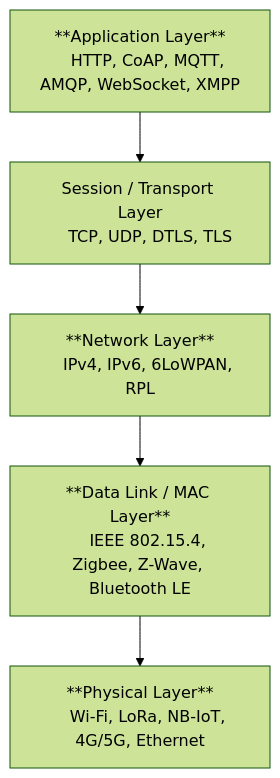
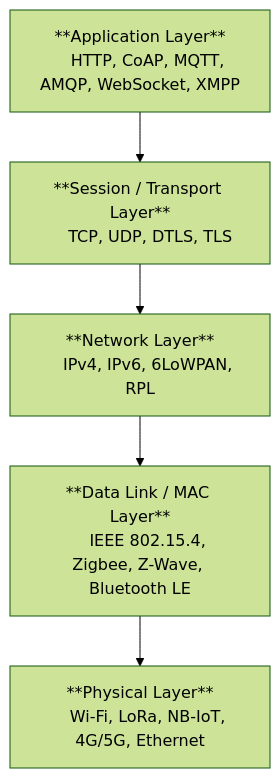
Before and after one commit to lazgaming70/IOT-CIA-1: the third of 13 diagrams in Unofficial-QB/Unofficial-QB-Claude-Ans.md, drawn with Mermaid (forest theme).

Commit message:
Made another title of block bold

````diff
--- a/Unofficial-QB/Unofficial-QB-Claude-Ans.md
+++ b/Unofficial-QB/Unofficial-QB-Claude-Ans.md
@@ -453,12 +453,12 @@
 ```mermaid
 flowchart TD
     A[**Application Layer**
-    HTTP, CoAP, MQTT, AMQP, WebSocket, XMPP] --> B[Session / Transport Layer
+    HTTP, CoAP, MQTT, AMQP, WebSocket, XMPP] --> B[**Session / Transport Layer**
     TCP, UDP, DTLS, TLS]
     B --> C[**Network Layer**
     IPv4, IPv6, 6LoWPAN, RPL]
     C --> D[**Data Link / MAC Layer**
     IEEE 802.15.4, Zigbee, Z-Wave, Bluetooth LE]
     D --> E[**Physical Layer**
     Wi-Fi, LoRa, NB-IoT, 4G/5G, Ethernet]
 ```
````
